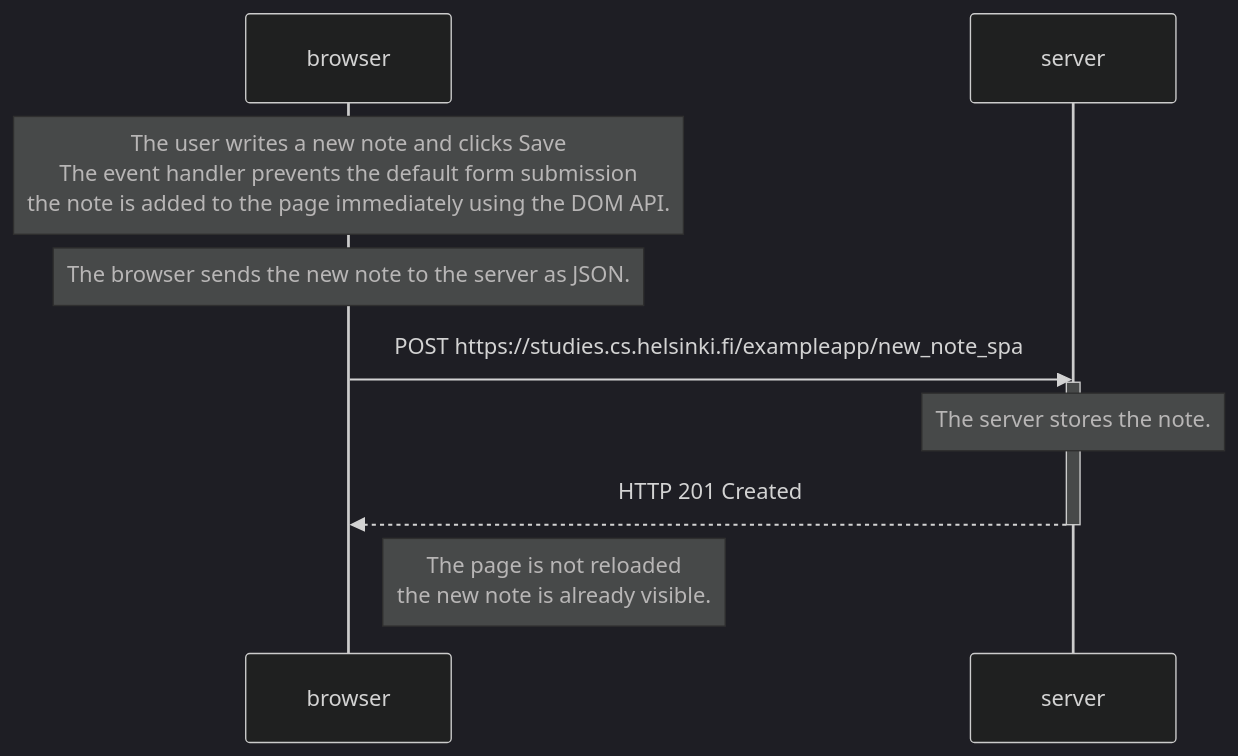
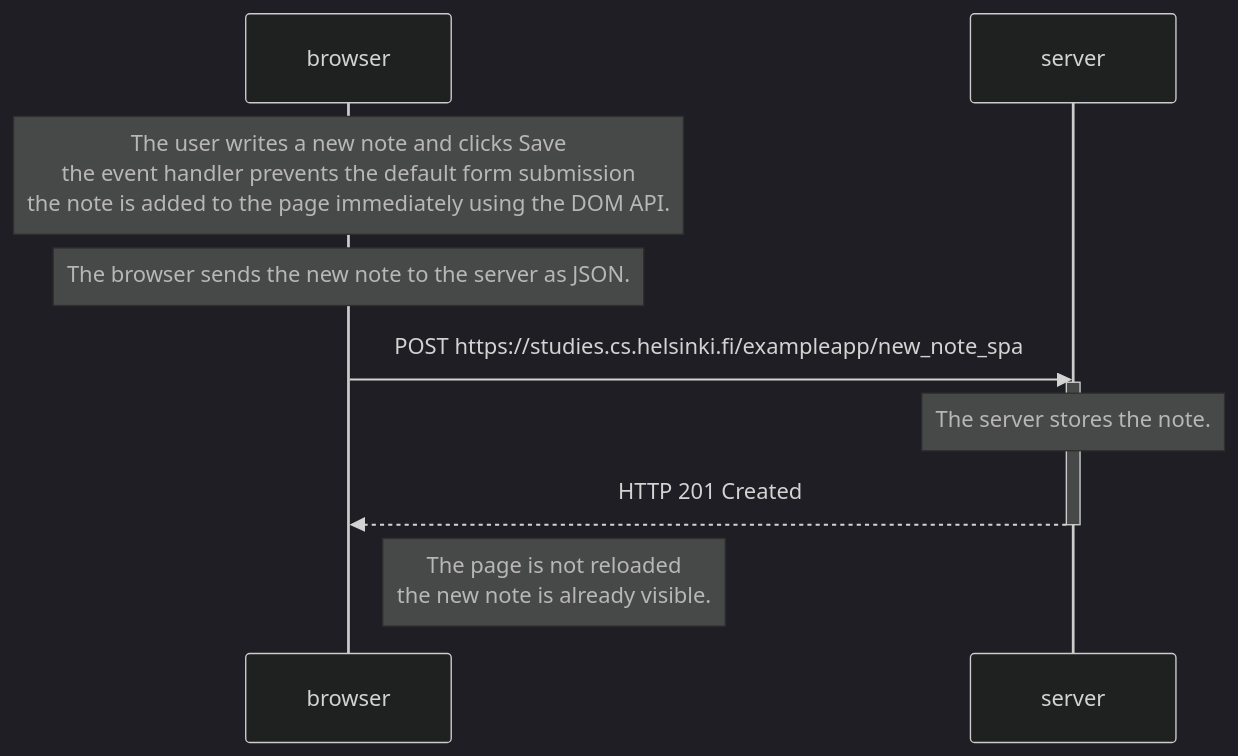
One commit to MoisesAlfar0o/FullStackOpen changed the diagram in part0/0.6.md. Above: the diagram before and after it, drawn with Mermaid (dark theme).

Commit message:
Complete Part 0 exercises

````diff
--- a/part0/0.6.md
+++ b/part0/0.6.md
@@ -1,18 +1,18 @@
 ```mermaid
   sequenceDiagram
     participant browser
     participant server
 
-    Note over browser: The user writes a new note and clicks Save<br/>The event handler prevents the default form submission<br/>the note is added to the page immediately using the DOM API.
+    Note over browser: The user writes a new note and clicks Save<br/>the event handler prevents the default form submission<br/>the note is added to the page immediately using the DOM API.
 
     Note over browser: The browser sends the new note to the server as JSON.
 
     browser->>server: POST https://studies.cs.helsinki.fi/exampleapp/new_note_spa
 
     activate server
     Note over server: The server stores the note.
     server-->>browser: HTTP 201 Created
     deactivate server
 
     Note right of browser: The page is not reloaded<br/>the new note is already visible.
 ```
````
